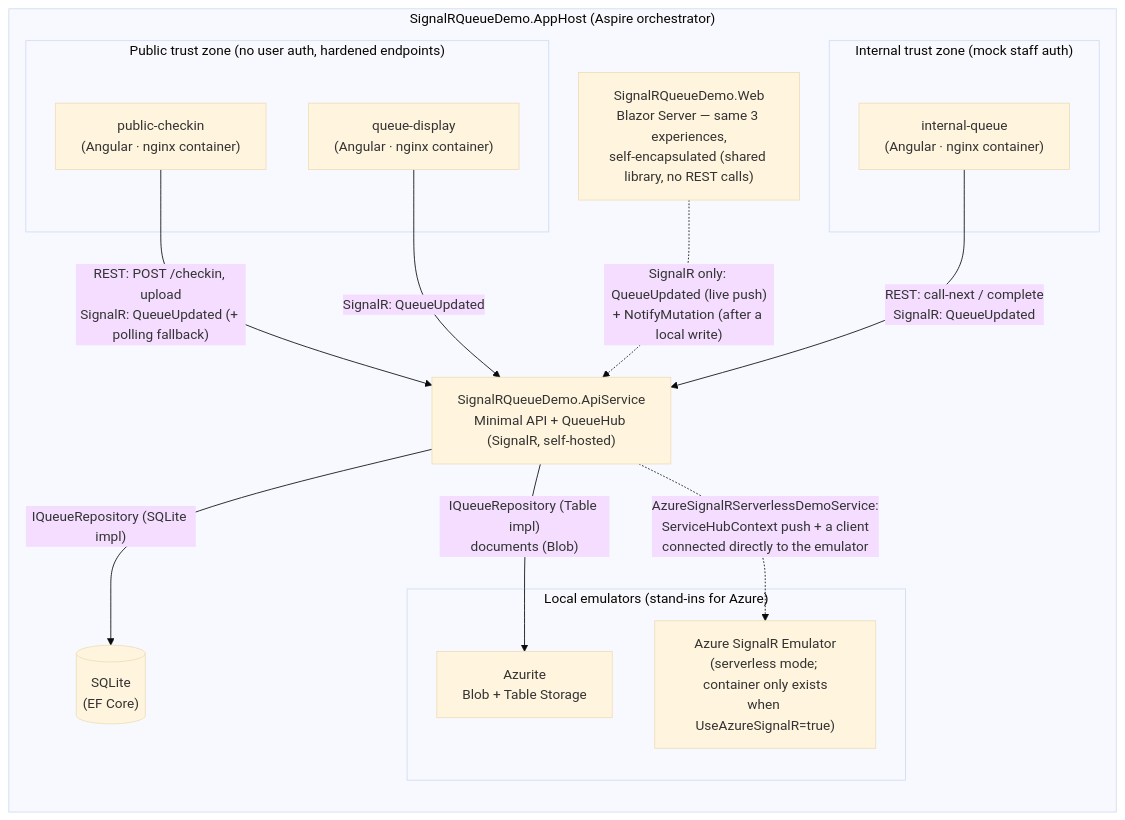
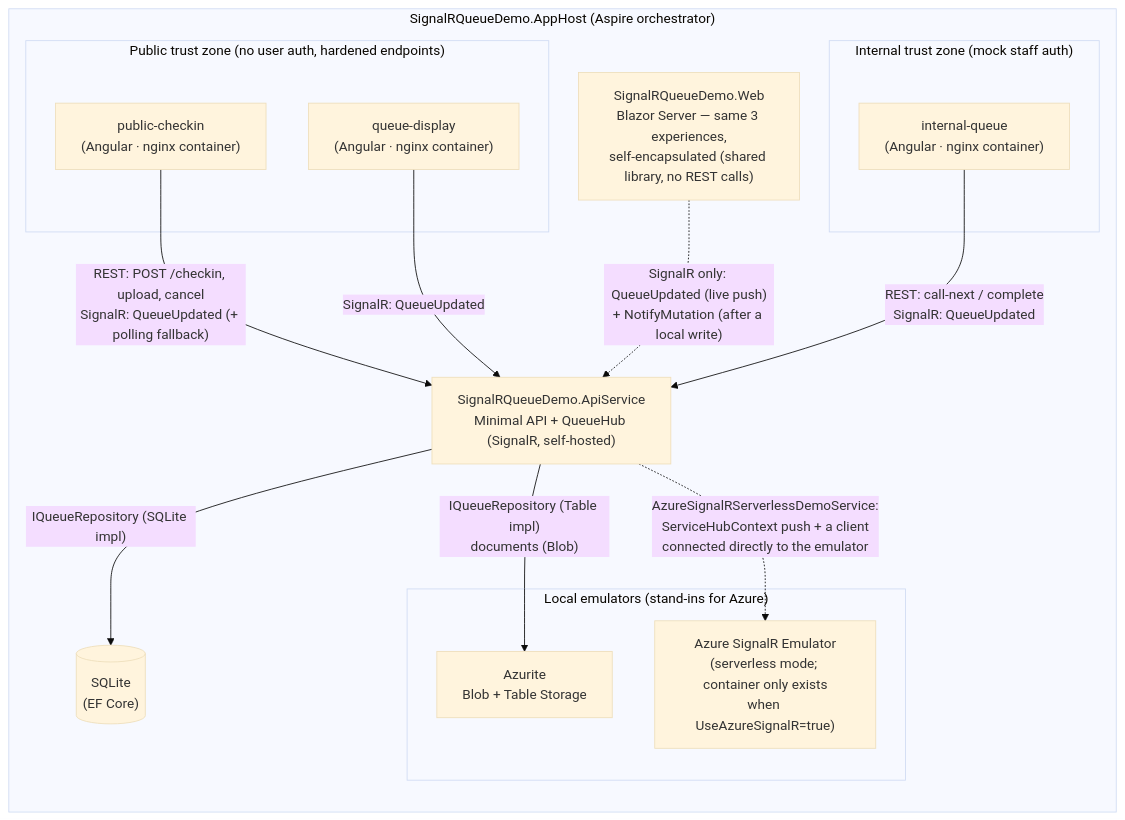
The first of 2 diagrams in docs/architecture.md (glensouza/signalr-queue-demo), drawn with Mermaid (base theme) before and after one commit. The commit also changed 11 other files, not shown here.

````diff
--- a/docs/architecture.md
+++ b/docs/architecture.md
@@ -9,34 +9,34 @@
 ```mermaid
 flowchart TB
     subgraph AppHost["SignalRQueueDemo.AppHost (Aspire orchestrator)"]
         direction TB
 
         subgraph public["Public trust zone (no user auth, hardened endpoints)"]
             checkin["public-checkin<br/>(Angular · nginx container)"]
             display["queue-display<br/>(Angular · nginx container)"]
         end
 
         subgraph internal["Internal trust zone (mock staff auth)"]
             staff["internal-queue<br/>(Angular · nginx container)"]
         end
 
         blazor["SignalRQueueDemo.Web<br/>Blazor Server — same 3 experiences,<br/>self-encapsulated (shared library, no REST calls)"]
 
         api["SignalRQueueDemo.ApiService<br/>Minimal API + QueueHub (SignalR, self-hosted)"]
 
         subgraph emulators["Local emulators (stand-ins for Azure)"]
             azurite["Azurite<br/>Blob + Table Storage"]
             sigemu["Azure SignalR Emulator<br/>(serverless mode; container only exists<br/>when UseAzureSignalR=true)"]
         end
 
         sqlite[("SQLite<br/>(EF Core)")]
     end
 
-    checkin -- "REST: POST /checkin, upload<br/>SignalR: QueueUpdated (+ polling fallback)" --> api
+    checkin -- "REST: POST /checkin, upload, cancel<br/>SignalR: QueueUpdated (+ polling fallback)" --> api
     staff -- "REST: call-next / complete<br/>SignalR: QueueUpdated" --> api
     display -- "SignalR: QueueUpdated" --> api
     blazor -. "SignalR only: QueueUpdated (live push)<br/>+ NotifyMutation (after a local write)" .-> api
     api -- "IQueueRepository (SQLite impl)" --> sqlite
     api -- "IQueueRepository (Table impl)<br/>documents (Blob)" --> azurite
     api -. "AzureSignalRServerlessDemoService:<br/>ServiceHubContext push + a client<br/>connected directly to the emulator" .-> sigemu
 ```
````
